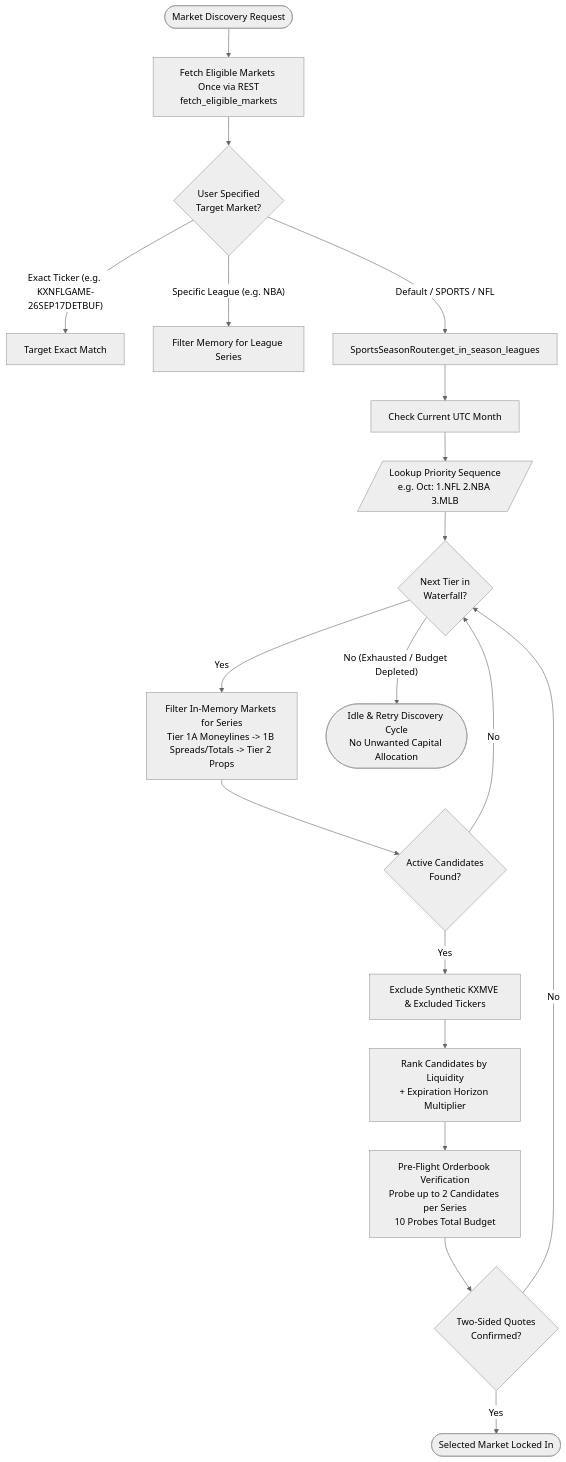
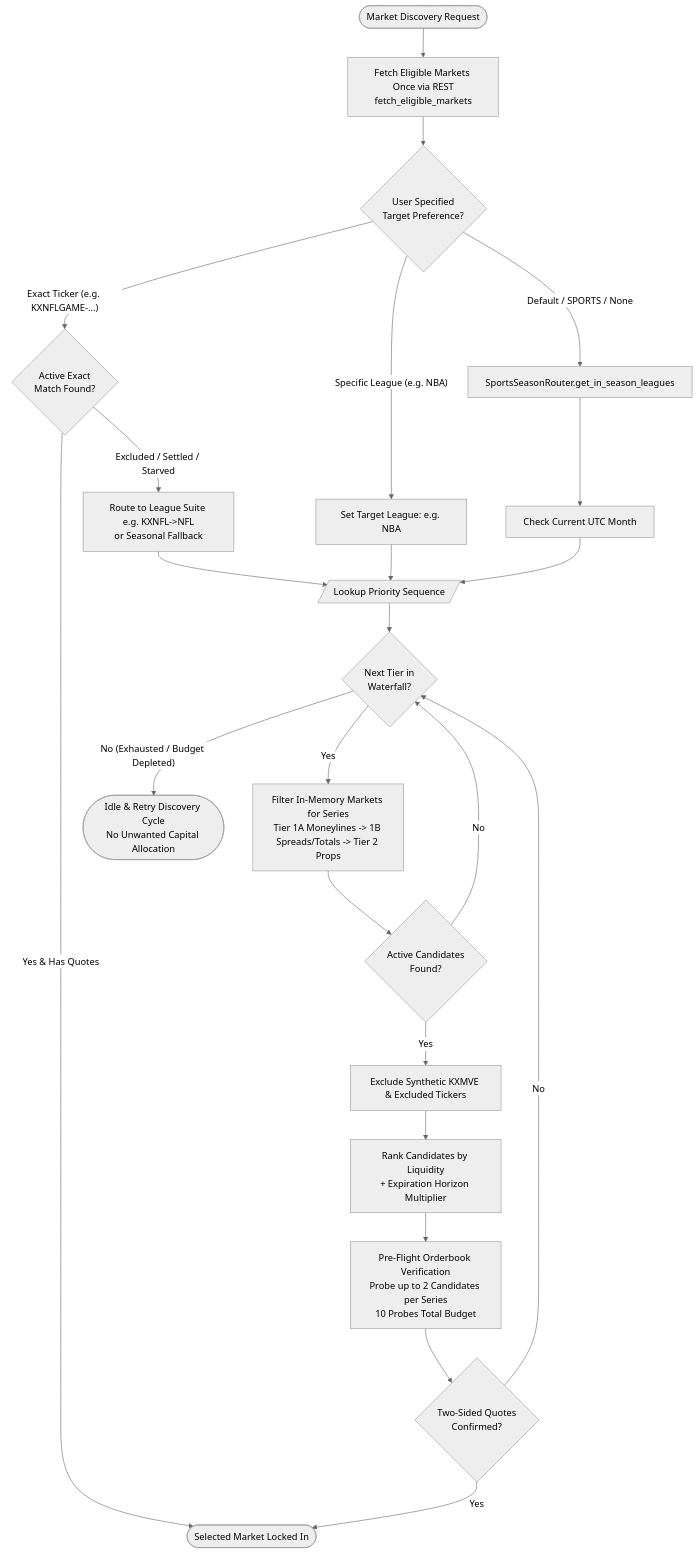
Before and after one commit to kel-reid/Kalshi-Trading-Bot: the diagram in docs/SPORTS_SEASON_ROUTER.md, drawn with Mermaid (neutral theme). The commit also changed other lines of this file and 5 other files, not shown here.

````diff
--- a/docs/SPORTS_SEASON_ROUTER.md
+++ b/docs/SPORTS_SEASON_ROUTER.md
@@ -51,28 +51,33 @@
 ```mermaid
 flowchart TD
     Start([Market Discovery Request]) --> FetchMarkets[Fetch Eligible Markets Once via REST<br>fetch_eligible_markets]
-    FetchMarkets --> RouteCheck{User Specified<br>Target Market?}
+    FetchMarkets --> RouteCheck{User Specified<br>Target Preference?}
     
-    RouteCheck -- "Exact Ticker (e.g. KXNFLGAME-26SEP17DETBUF)" --> Exact[Target Exact Match]
-    RouteCheck -- "Specific League (e.g. NBA)" --> ManualOverride[Filter Memory for League Series]
-    RouteCheck -- "Default / SPORTS / NFL" --> Router[SportsSeasonRouter.get_in_season_leagues]
+    RouteCheck -- "Exact Ticker (e.g. KXNFLGAME-...)" --> ExactCheck{Active Exact<br>Match Found?}
+    ExactCheck -- "Yes & Has Quotes" --> SelectedMarket([Selected Market Locked In])
+    ExactCheck -- "Excluded / Settled / Starved" --> DetectLeague[Route to League Suite e.g. KXNFL->NFL<br>or Seasonal Fallback]
+    
+    RouteCheck -- "Specific League (e.g. NBA)" --> ManualOverride[Set Target League: e.g. NBA]
+    RouteCheck -- "Default / SPORTS / None" --> Router[SportsSeasonRouter.get_in_season_leagues]
 
+    DetectLeague --> Matrix[/Lookup Priority Sequence/]
+    ManualOverride --> Matrix
     Router --> CheckDate[Check Current UTC Month]
-    CheckDate --> Matrix[/Lookup Priority Sequence<br>e.g. Oct: 1.NFL 2.NBA 3.MLB/]
+    CheckDate --> Matrix
 
     Matrix --> NextTier{Next Tier in<br>Waterfall?}
     NextTier -- Yes --> FilterSeries[Filter In-Memory Markets for Series<br>Tier 1A Moneylines -> 1B Spreads/Totals -> Tier 2 Props]
     
     FilterSeries --> HasCandidates{Active Candidates<br>Found?}
     HasCandidates -- No --> NextTier
     
     HasCandidates -- Yes --> ExcludeIneligible[Exclude Synthetic KXMVE & Excluded Tickers]
     ExcludeIneligible --> HorizonRank[Rank Candidates by Liquidity<br>+ Expiration Horizon Multiplier]
     
     HorizonRank --> PreFlight[Pre-Flight Orderbook Verification<br>Probe up to 2 Candidates per Series<br>10 Probes Total Budget]
     
     PreFlight --> HasTwoSidedQuotes{Two-Sided Quotes<br>Confirmed?}
-    HasTwoSidedQuotes -- Yes --> SelectedMarket([Selected Market Locked In])
+    HasTwoSidedQuotes -- Yes --> SelectedMarket
     HasTwoSidedQuotes -- No --> NextTier
     NextTier -- No (Exhausted / Budget Depleted) --> IdleRetry([Idle & Retry Discovery Cycle<br>No Unwanted Capital Allocation])
 ```
````
